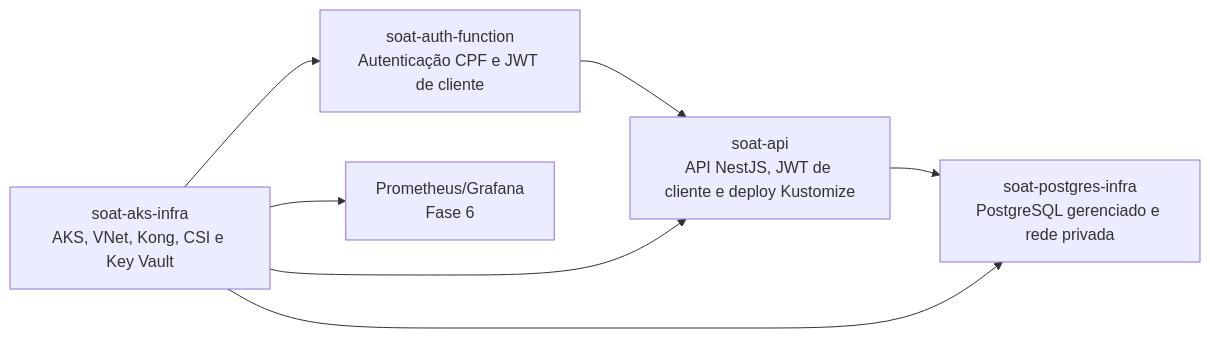
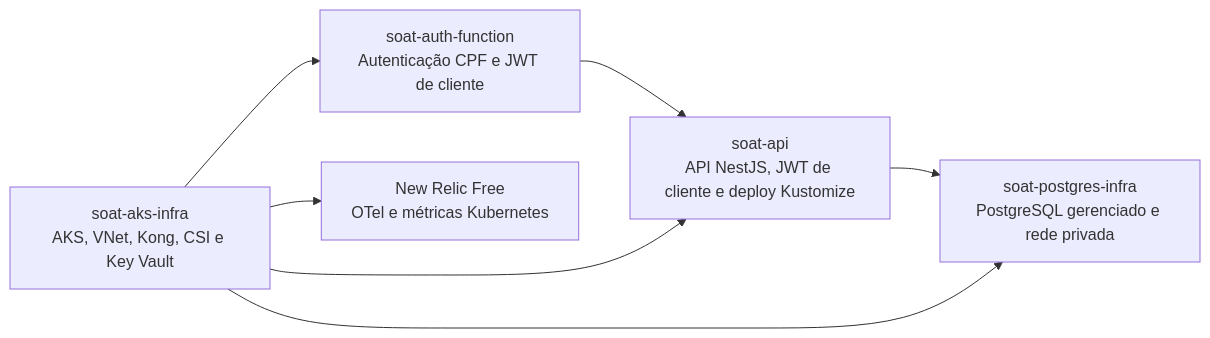
The first of 2 diagrams in docs/architecture/README.md (JoaoGW/soat-api), drawn with Mermaid before and after one commit. The commit also changed other lines of this file, not shown here.

````diff
--- a/docs/architecture/README.md
+++ b/docs/architecture/README.md
@@ -16,15 +16,15 @@
 ```mermaid
 flowchart LR
     API[soat-api\nAPI NestJS, JWT de cliente e deploy Kustomize]
     AUTH[soat-auth-function\nAutenticação CPF e JWT de cliente]
     AKS[soat-aks-infra\nAKS, VNet, Kong, CSI e Key Vault]
     PG[soat-postgres-infra\nPostgreSQL gerenciado e rede privada]
-    OBS[Prometheus/Grafana\nFase 6]
+    OBS[New Relic Free\nOTel e métricas Kubernetes]
 
     AUTH --> API
     API --> PG
     AKS --> API
     AKS --> AUTH
     AKS --> PG
     AKS --> OBS
 ```
````
